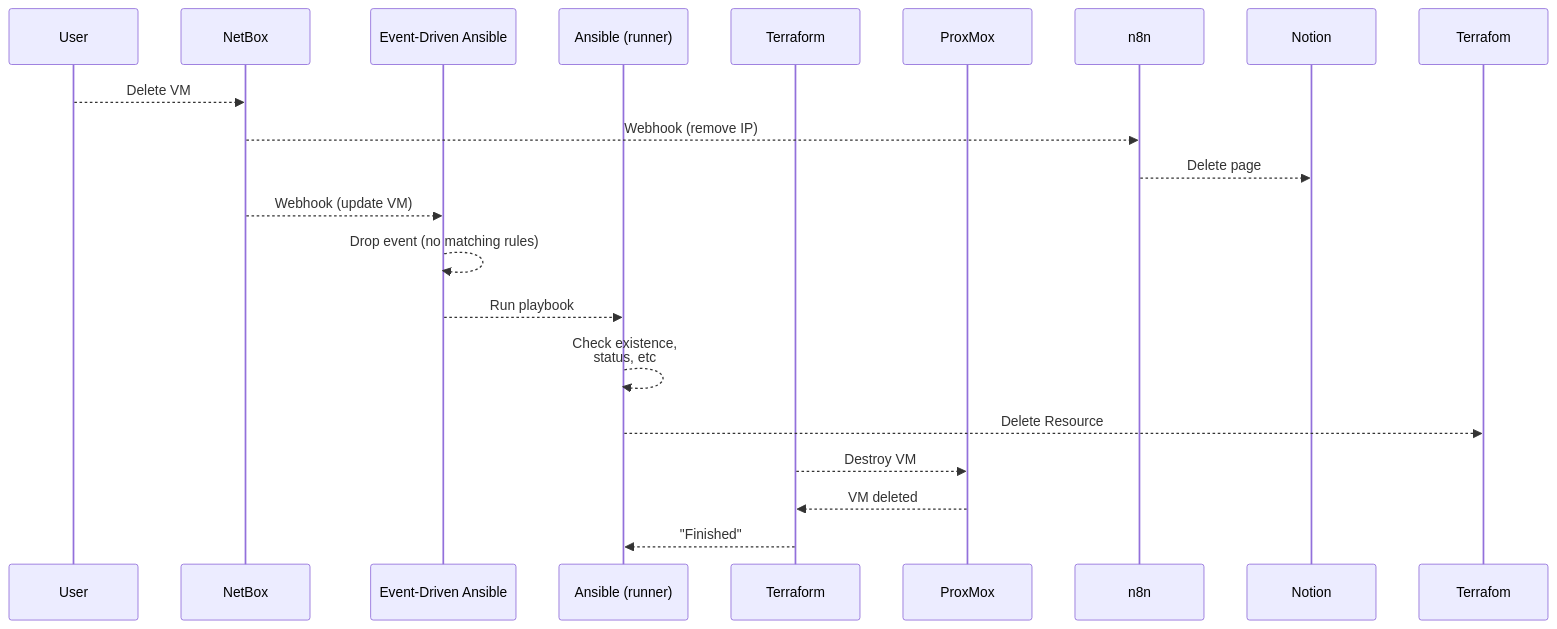
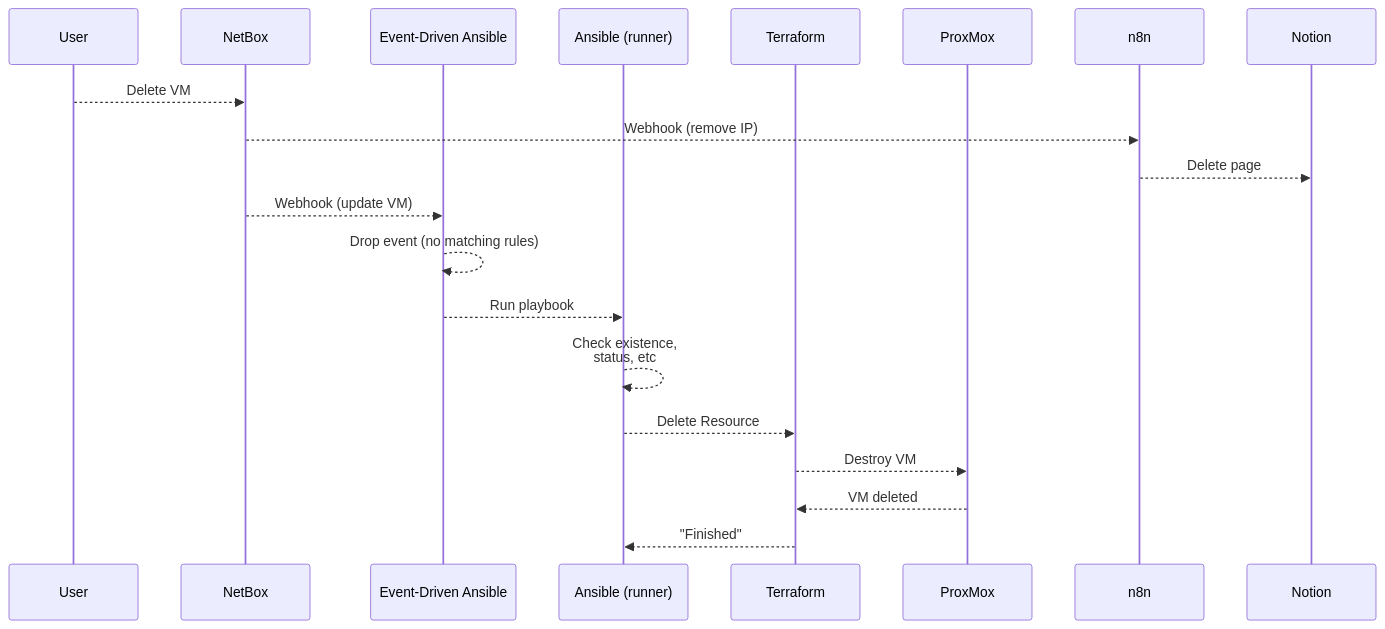
The second of 3 diagrams in 01_MAIN/README.md (DeclerckLouis/eindwerk), drawn with Mermaid before and after one commit. The commit also changed other lines of this file, not shown here.

````diff
--- a/01_MAIN/README.md
+++ b/01_MAIN/README.md
@@ -33,22 +33,22 @@
 ```mermaid
 sequenceDiagram
     participant User
     participant NetBox
     participant Event-Driven Ansible
     participant Ansible (runner)
     participant Terraform
     participant ProxMox
     participant n8n
     participant Notion
     User-->>NetBox: Delete VM
     NetBox-->>n8n: Webhook (remove IP)
     n8n-->>Notion: Delete page
     NetBox-->>Event-Driven Ansible: Webhook (update VM)
     Event-Driven Ansible-->>Event-Driven Ansible: Drop event (no matching rules)
     Event-Driven Ansible-->>Ansible (runner): Run playbook
     Ansible (runner)-->>Ansible (runner): Check existence, <br/>status, etc
-    Ansible (runner)-->>Terrafom: Delete Resource
+    Ansible (runner)-->>Terraform: Delete Resource
     Terraform-->>ProxMox: Destroy VM
     ProxMox-->>Terraform: VM deleted
     Terraform-->>Ansible (runner): "Finished"
 ```
````
